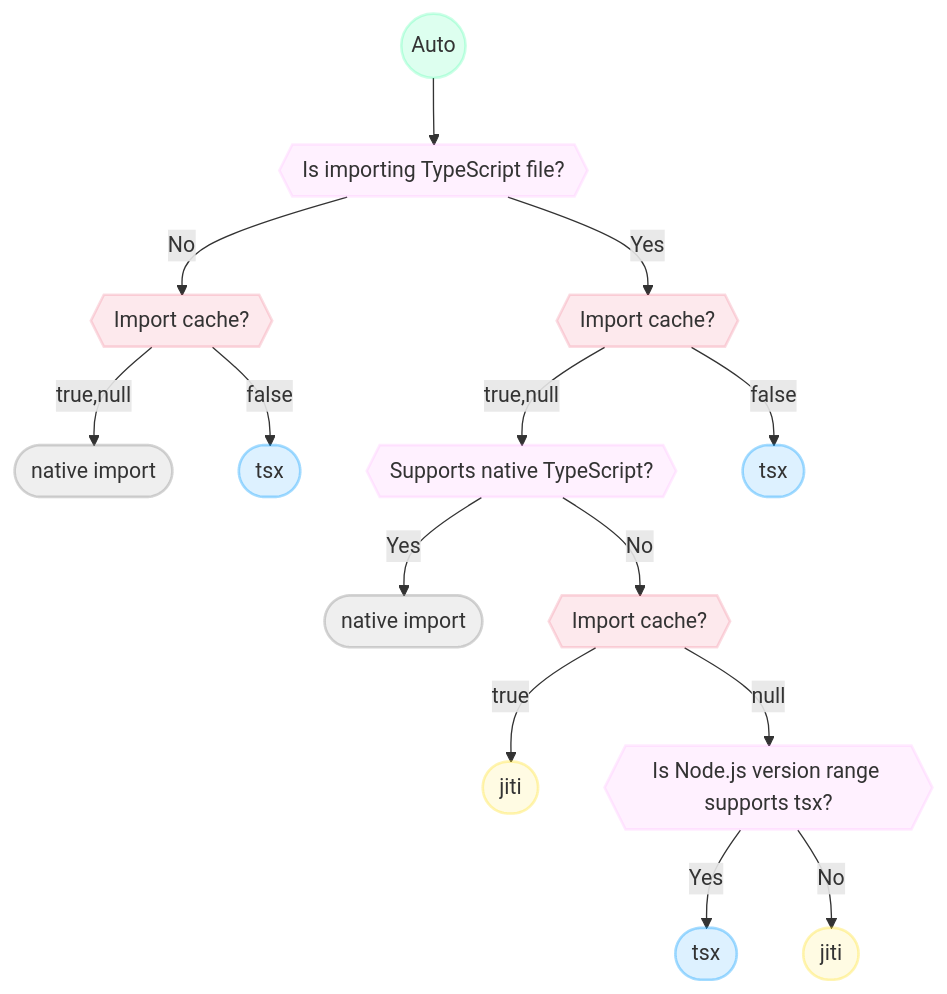
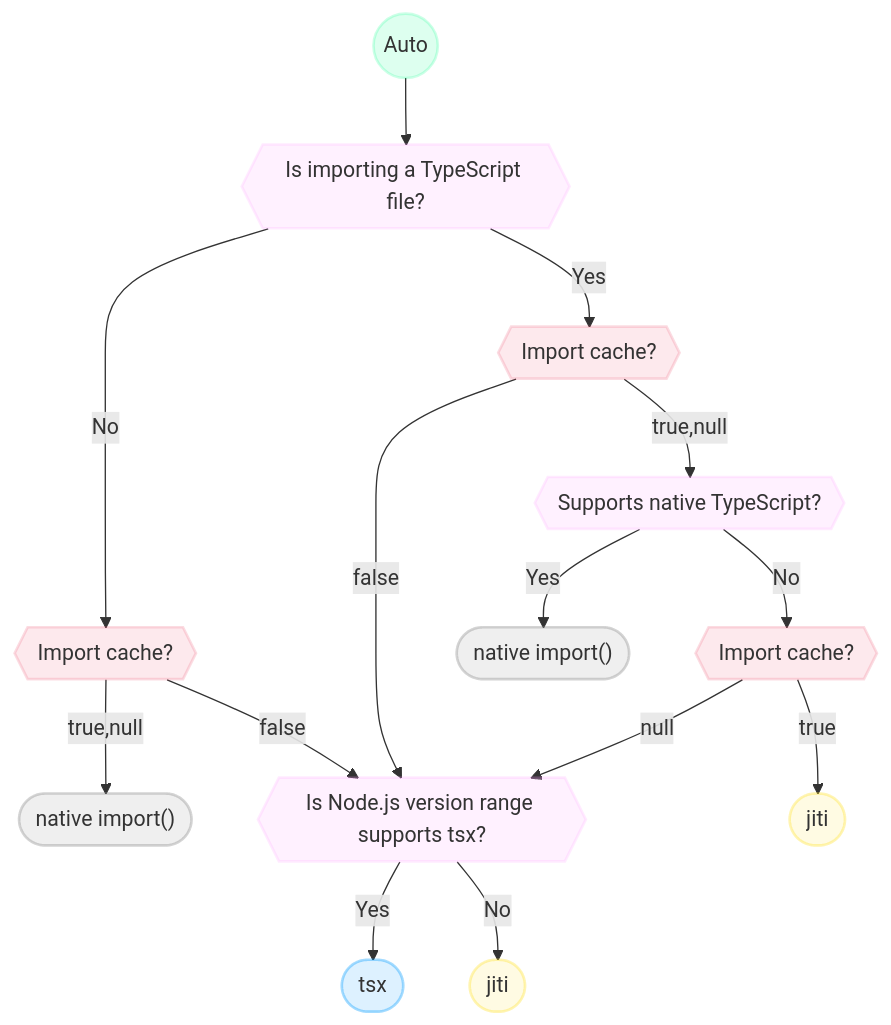
The diagram in README.md (antfu-collective/importx), drawn with Mermaid before and after one commit. The commit also changed 1 other file, not shown here.

Commit message:
fix: update auto logic

````diff
--- a/README.md
+++ b/README.md
@@ -45,30 +45,30 @@
 ```mermaid
 graph TD
-  A((Auto)) --> IsTS{{"Is importing TypeScript file?"}}
+  A((Auto)) --> IsTS{{"Is importing a TypeScript file?"}}
   IsTS --> |No| Cache{{"Import cache?"}}
-  Cache --> |true,null| Native1([native import])
-  Cache --> |false| Tsx1([tsx])
+  Cache --> |true,null| Native1(["native import()"])
+  Cache --> |false| F
 
+  Cache2 --> |false| F
   IsTS --> |Yes| Cache2{{"Import cache?"}}
   Cache2 --> |true,null| D{{"Supports native TypeScript?"}}
-  Cache2 --> |false| Tsx2([tsx])
-  D --> |Yes| Native2([native import])
   D --> |No| Cache3{{"Import cache?"}}
+  D --> |Yes| Native2(["native import()"])
   Cache3 --> |true| Jiti1([jiti])
   Cache3 --> |null| F{{"Is Node.js version range supports tsx?"}}
   F --> |Yes| Tsx3([tsx])
   F --> |No| Jiti2([jiti])
 
   classDef auto fill:#0f82,stroke:#0f83,stroke-width:2px;
   classDef question fill:#f9f2,stroke:#f9f3,stroke-width:2px;
   classDef cache fill:#eb527120,stroke:#eb527133,stroke-width:2px;
   classDef native fill:#8882,stroke:#8883,stroke-width:2px;
   classDef tsx fill:#09f2,stroke:#09f3,stroke-width:2px;
   classDef jiti fill:#ffde2220,stroke:#ffde2230,stroke-width:2px;
   class A auto;
   class IsTS,D,F question;
   class Cache,Cache2,Cache3 cache;
   class Native1,Native2 native;
   class Tsx1,Tsx2,Tsx3 tsx;
   class Jiti1,Jiti2 jiti;
 ```
````
